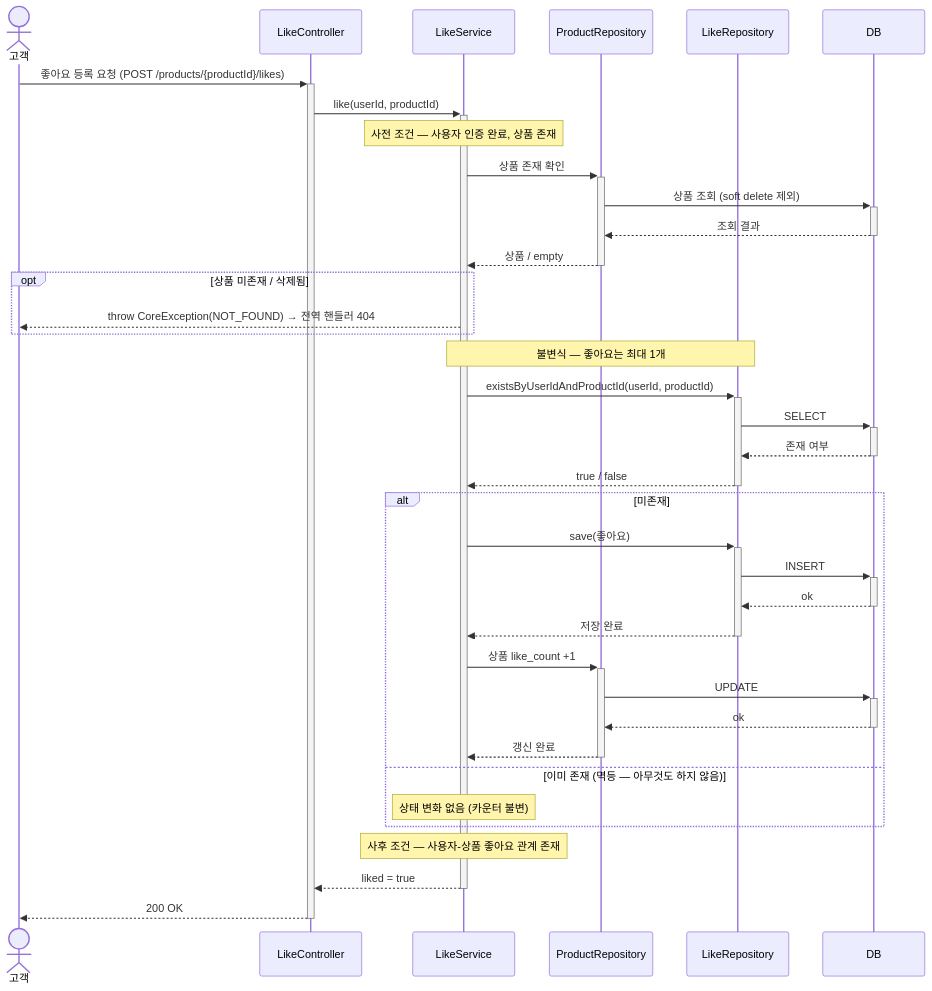
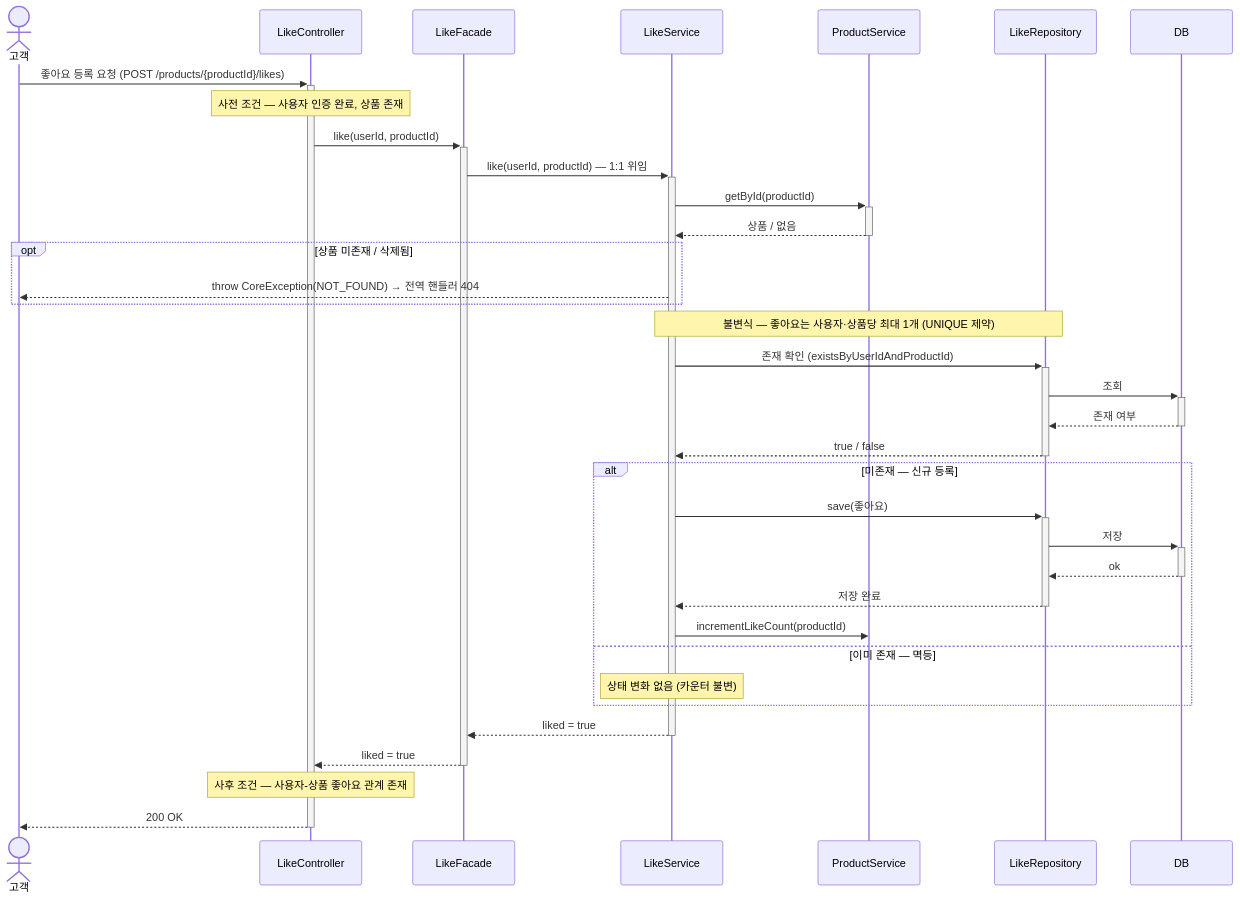
Before and after one commit to Hwasowl/loop-pack-be-l2-vol4-java: the second of 4 diagrams in .docs/design/02-sequence-diagrams.md, drawn with Mermaid. The commit also changed other lines of this file, not shown here.

First line of the commit message:
docs: 시퀀스 다이어그램 정합 — 추상화 라벨·상품목록 추가·좋아요 D7 정렬

````diff
--- a/.docs/design/02-sequence-diagrams.md
+++ b/.docs/design/02-sequence-diagrams.md
@@ -60,40 +49,38 @@
 ```mermaid
 sequenceDiagram
     actor C as 고객
     participant Ctl as LikeController
+    participant F as LikeFacade
     participant S as LikeService
-    participant PR as ProductRepository
+    participant PS as ProductService
     participant LR as LikeRepository
     participant DB as DB
 
     C->>+Ctl: 좋아요 등록 요청 (POST /products/{productId}/likes)
-    Ctl->>+S: like(userId, productId)
-    Note over S: 사전 조건 — 사용자 인증 완료, 상품 존재
-    S->>+PR: 상품 존재 확인
-    PR->>+DB: 상품 조회 (soft delete 제외)
-    DB-->>-PR: 조회 결과
-    PR-->>-S: 상품 / empty
+    Note over Ctl: 사전 조건 — 사용자 인증 완료, 상품 존재
+    Ctl->>+F: like(userId, productId)
+    F->>+S: like(userId, productId) — 1:1 위임
+    S->>+PS: getById(productId)
+    PS-->>-S: 상품 / 없음
     opt 상품 미존재 / 삭제됨
         S-->>C: throw CoreException(NOT_FOUND) → 전역 핸들러 404
     end
-    Note over S,LR: 불변식 — 좋아요는 최대 1개
-    S->>+LR: existsByUserIdAndProductId(userId, productId)
-    LR->>+DB: SELECT
+    Note over S,LR: 불변식 — 좋아요는 사용자·상품당 최대 1개 (UNIQUE 제약)
+    S->>+LR: 존재 확인 (existsByUserIdAndProductId)
+    LR->>+DB: 조회
     DB-->>-LR: 존재 여부
     LR-->>-S: true / false
-    alt 미존재
+    alt 미존재 — 신규 등록
         S->>+LR: save(좋아요)
-        LR->>+DB: INSERT
+        LR->>+DB: 저장
         DB-->>-LR: ok
         LR-->>-S: 저장 완료
-        S->>+PR: 상품 like_count +1
-        PR->>+DB: UPDATE
-        DB-->>-PR: ok
-        PR-->>-S: 갱신 완료
-    else 이미 존재 (멱등 — 아무것도 하지 않음)
+        S->>PS: incrementLikeCount(productId)
+    else 이미 존재 — 멱등
         Note over S: 상태 변화 없음 (카운터 불변)
     end
-    Note over S: 사후 조건 — 사용자-상품 좋아요 관계 존재
-    S-->>-Ctl: liked = true
+    S-->>-F: liked = true
+    F-->>-Ctl: liked = true
+    Note over Ctl: 사후 조건 — 사용자-상품 좋아요 관계 존재
     Ctl-->>-C: 200 OK
 ```
````
